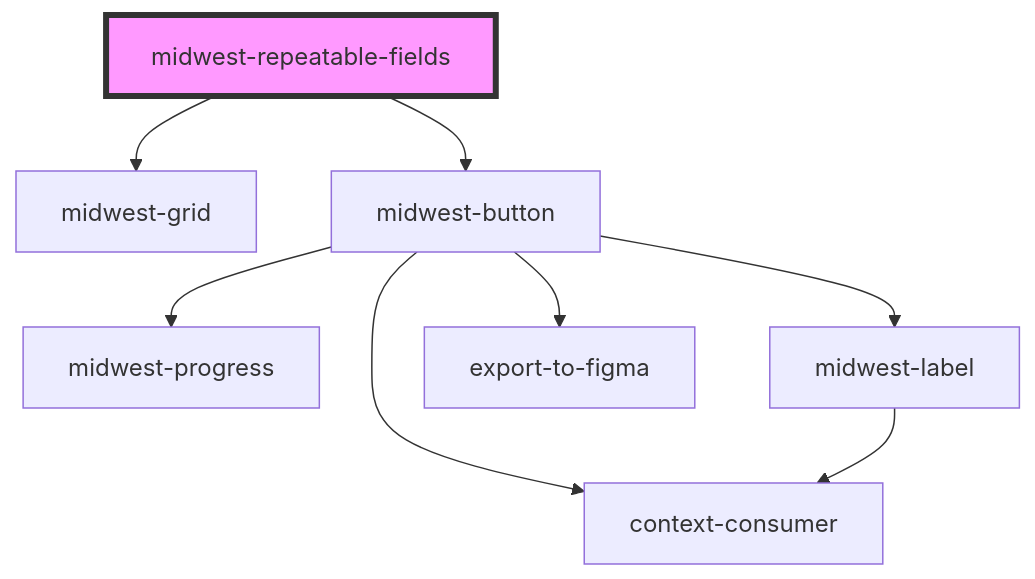
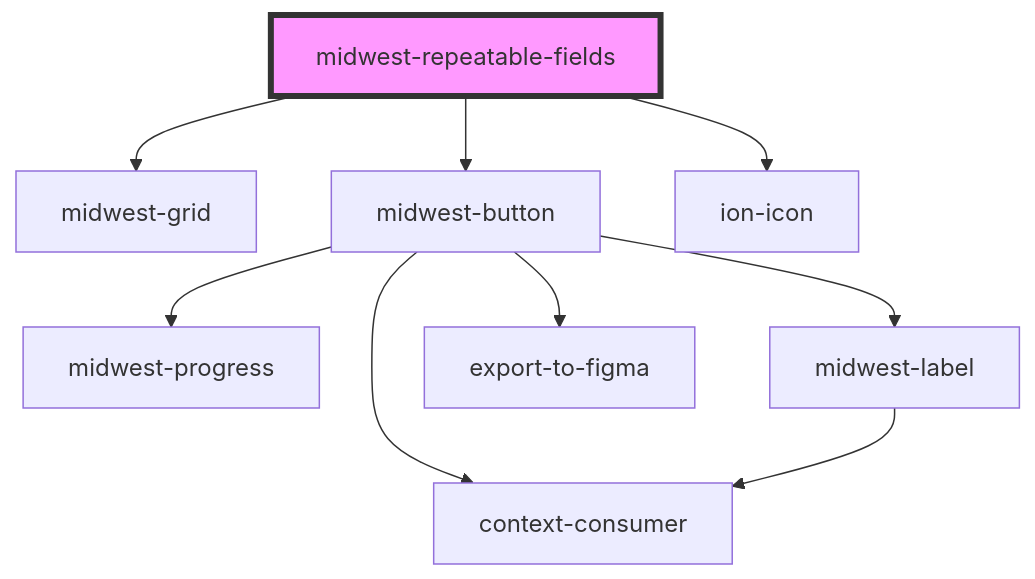
One commit to splitinfinities/Midwest changed the diagram in packages/core/docs/components/forms/repeatable-fields/readme.md. Above: the diagram before and after it, drawn with Mermaid. The commit also changed other lines of this file and 388 other files, not shown here.

````diff
--- a/packages/core/docs/components/forms/repeatable-fields/readme.md
+++ b/packages/core/docs/components/forms/repeatable-fields/readme.md
@@ -47,11 +48,12 @@
 ```mermaid
 graph TD;
   midwest-repeatable-fields --> midwest-grid
   midwest-repeatable-fields --> midwest-button
+  midwest-repeatable-fields --> ion-icon
   midwest-button --> midwest-progress
   midwest-button --> midwest-label
   midwest-button --> export-to-figma
   midwest-button --> context-consumer
   midwest-label --> context-consumer
   style midwest-repeatable-fields fill:#f9f,stroke:#333,stroke-width:4px
 ```
````
